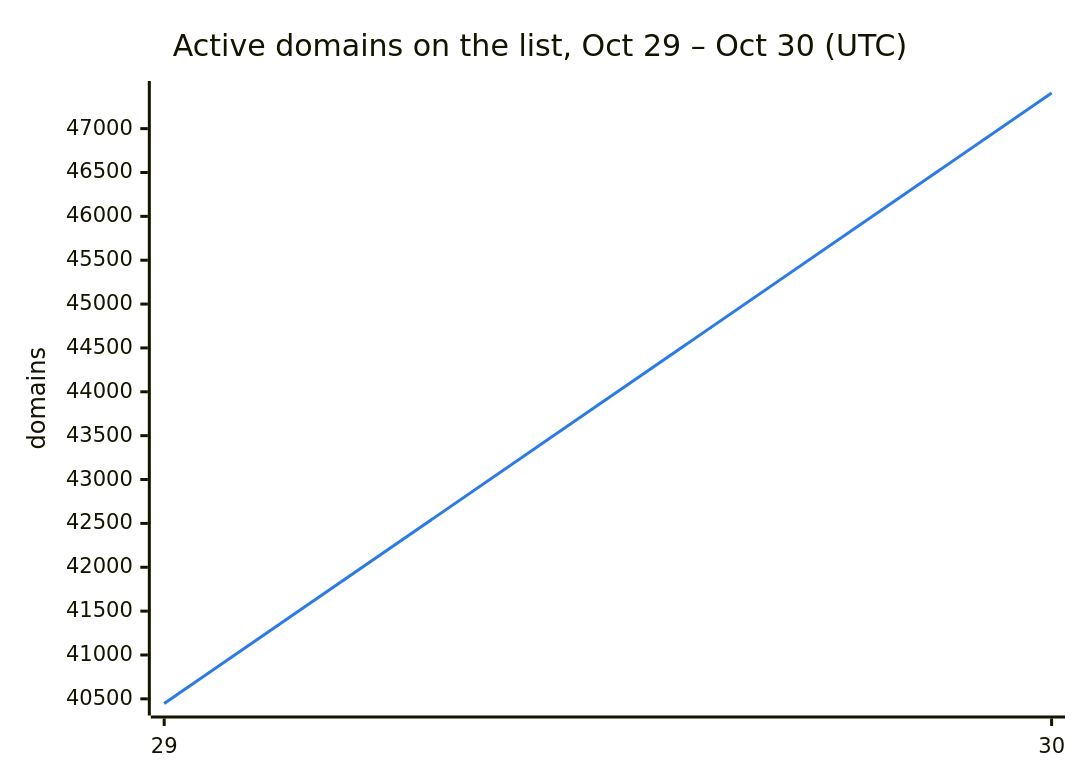
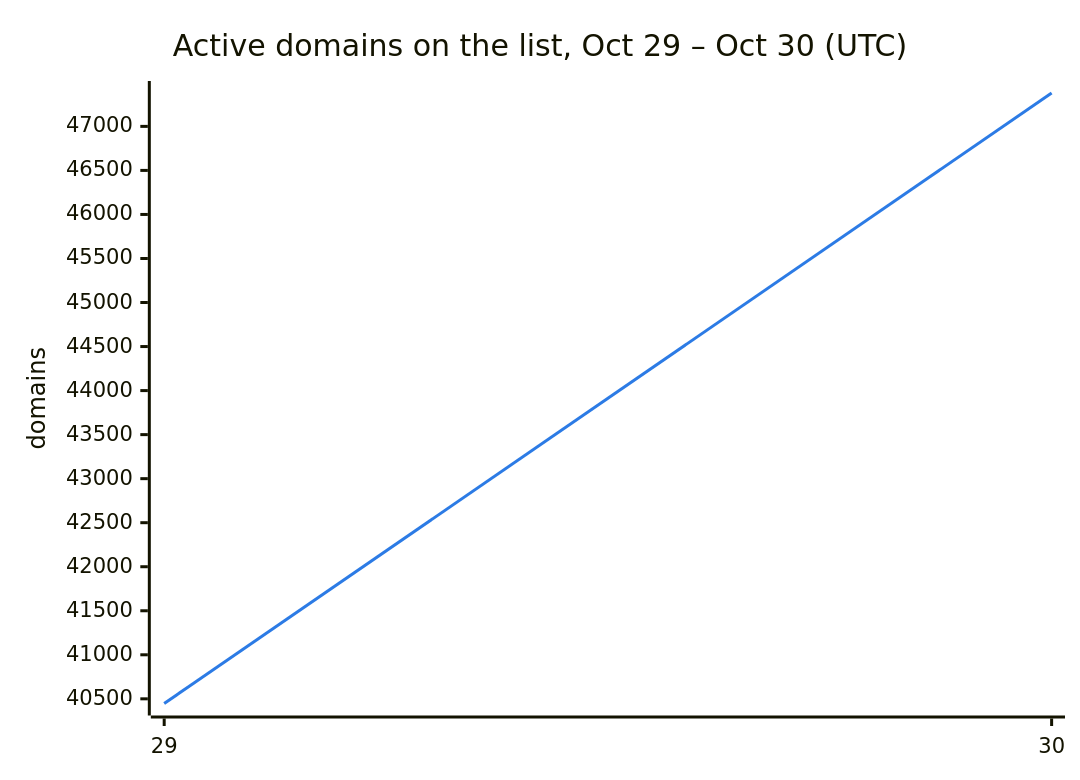
One commit to DNSBunker/CTI changed the second of 3 diagrams in README.md. Above: the diagram before and after it, drawn with Mermaid. The commit also changed other lines of this file and 3 other files, not shown here.

````diff
--- a/README.md
+++ b/README.md
@@ -38,8 +38,8 @@
 ```mermaid
 %%{init: {"themeVariables": {"xyChart": {"plotColorPalette": "#2c7be5"}}}}%%
 xychart-beta
     title "Active domains on the list, Oct 29 – Oct 30 (UTC)"
     x-axis ["29", "30"]
     y-axis "domains"
-    line [40447, 47406]
+    line [40447, 47379]
 ```
````
